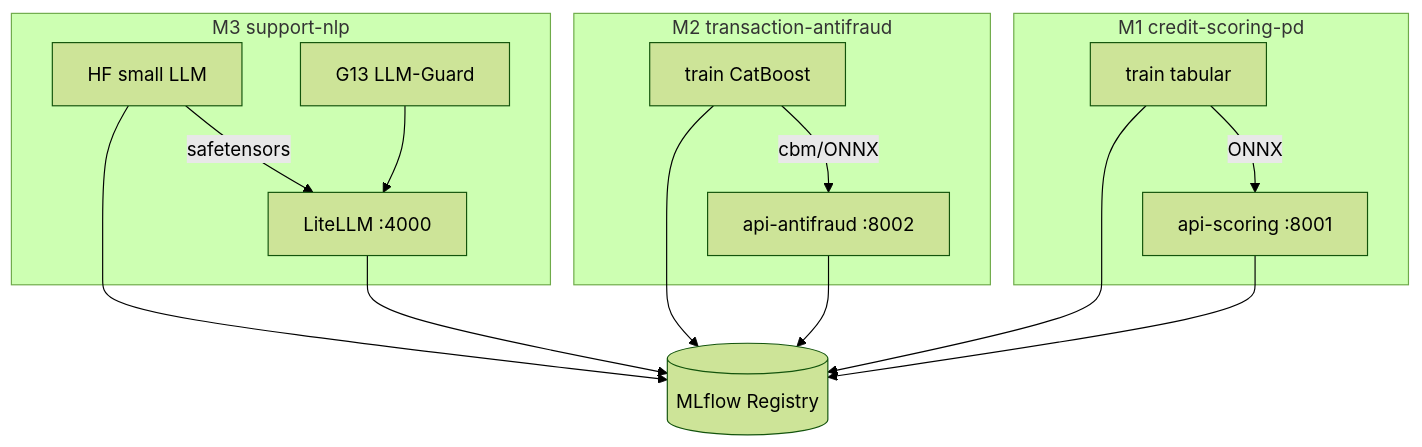
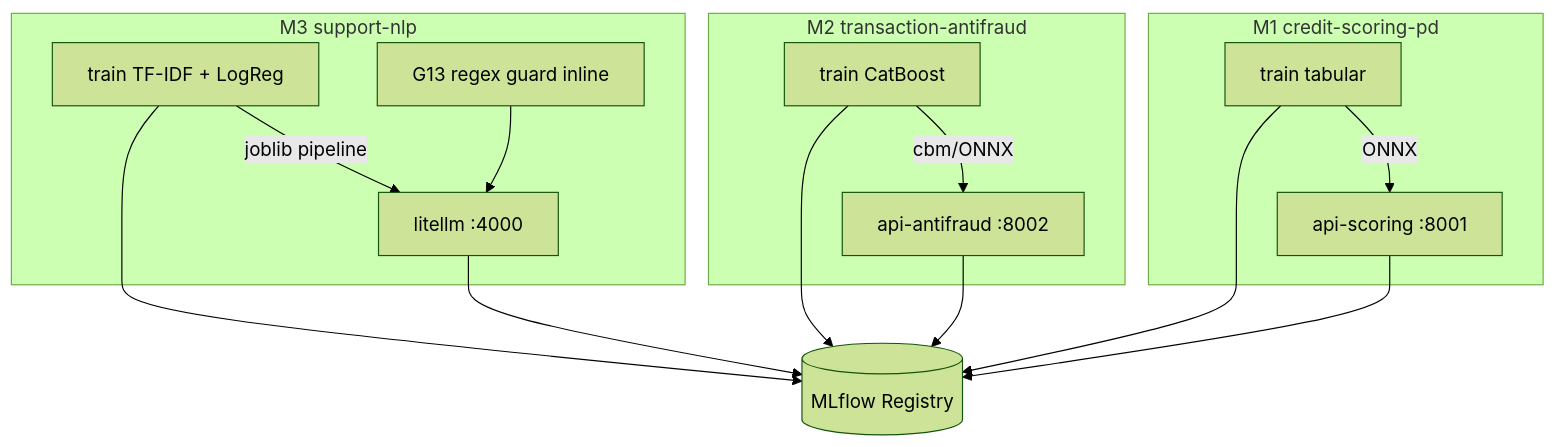
One commit to Ermakov764/Alfa_bank_MLSecOps changed the ninth of 10 diagrams in docs/architecture.md. Above: the diagram before and after it, drawn with Mermaid (forest theme). The commit also changed other lines of this file and 10 other files, not shown here.

First line of the commit message:
docs: sync architecture and guides with current Docker stack

````diff
--- a/docs/architecture.md
+++ b/docs/architecture.md
@@ -361,26 +352,26 @@
 ```mermaid
 flowchart TB
   subgraph M1 [M1 credit-scoring-pd]
     T1[train tabular]
     A1[api-scoring :8001]
     T1 -->|ONNX| A1
   end
 
   subgraph M2 [M2 transaction-antifraud]
     T2[train CatBoost]
     A2[api-antifraud :8002]
     T2 -->|cbm/ONNX| A2
   end
 
   subgraph M3 [M3 support-nlp]
-    T3[HF small LLM]
-    L3[LiteLLM :4000]
-    T3 -->|safetensors| L3
-    G13[G13 LLM-Guard]
+    T3[train TF-IDF + LogReg]
+    L3[litellm :4000]
+    T3 -->|joblib pipeline| L3
+    G13[G13 regex guard inline]
     G13 --> L3
   end
 
   MLF[(MLflow Registry)]
   T1 & T2 & T3 --> MLF
   A1 & A2 & L3 --> MLF
 ```
````
